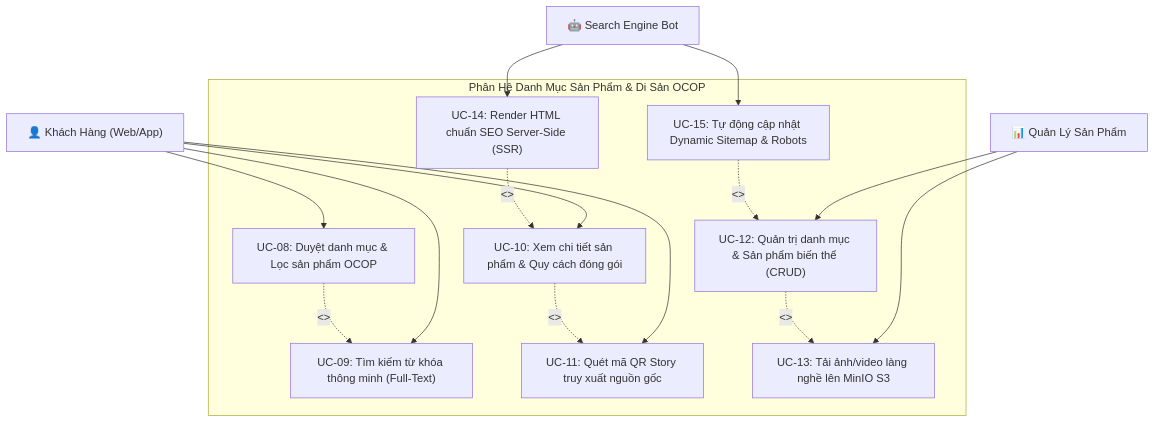
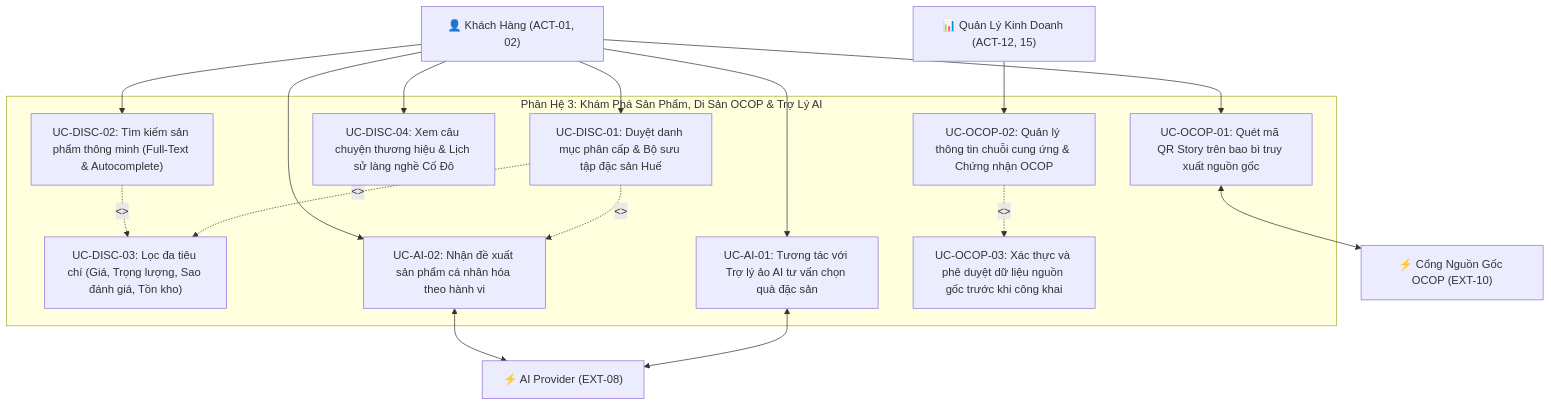
Before and after one commit to hvduong2k5/DUT.PBL6: the fifth of 16 diagrams in docs/01_requirements/use_case_specification.md, drawn with Mermaid. The commit also changed other lines of this file, not shown here.

````diff
--- a/docs/01_requirements/use_case_specification.md
+++ b/docs/01_requirements/use_case_specification.md
@@ -249,34 +457,37 @@
 ```mermaid
 graph TB
-    Guest["👤 Khách Hàng (Web/App)"]
-    Manager["📊 Quản Lý Sản Phẩm"]
-    GoogleBot["🤖 Search Engine Bot"]
+    Guest["👤 Khách Hàng (ACT-01, 02)"]
+    Manager["📊 Quản Lý Kinh Doanh (ACT-12, 15)"]
+    Ext_AI["⚡ AI Provider (EXT-08)"]
+    Ext_Trace["⚡ Cổng Nguồn Gốc OCOP (EXT-10)"]
 
-    subgraph Catalog_Subsystem ["Phân Hệ Danh Mục Sản Phẩm & Di Sản OCOP"]
-        UC08["UC-08: Duyệt danh mục & Lọc sản phẩm OCOP"]
-        UC09["UC-09: Tìm kiếm từ khóa thông minh (Full-Text)"]
-        UC10["UC-10: Xem chi tiết sản phẩm & Quy cách đóng gói"]
-        UC11["UC-11: Quét mã QR Story truy xuất nguồn gốc"]
-        UC12["UC-12: Quản trị danh mục & Sản phẩm biến thể (CRUD)"]
-        UC13["UC-13: Tải ảnh/video làng nghề lên MinIO S3"]
-        UC14["UC-14: Render HTML chuẩn SEO Server-Side (SSR)"]
-        UC15["UC-15: Tự động cập nhật Dynamic Sitemap & Robots"]
+    subgraph Subsystem_Discovery ["Phân Hệ 3: Khám Phá Sản Phẩm, Di Sản OCOP & Trợ Lý AI"]
+        UC_DISC_01["UC-DISC-01: Duyệt danh mục phân cấp & Bộ sưu tập đặc sản Huế"]
+        UC_DISC_02["UC-DISC-02: Tìm kiếm sản phẩm thông minh (Full-Text & Autocomplete)"]
+        UC_DISC_03["UC-DISC-03: Lọc đa tiêu chí (Giá, Trọng lượng, Sao đánh giá, Tồn kho)"]
+        UC_DISC_04["UC-DISC-04: Xem câu chuyện thương hiệu & Lịch sử làng nghề Cố Đô"]
+        UC_AI_01["UC-AI-01: Tương tác với Trợ lý ảo AI tư vấn chọn quà đặc sản"]
+        UC_AI_02["UC-AI-02: Nhận đề xuất sản phẩm cá nhân hóa theo hành vi"]
+        UC_OCOP_01["UC-OCOP-01: Quét mã QR Story trên bao bì truy xuất nguồn gốc"]
+        UC_OCOP_02["UC-OCOP-02: Quản lý thông tin chuỗi cung ứng & Chứng nhận OCOP"]
+        UC_OCOP_03["UC-OCOP-03: Xác thực và phê duyệt dữ liệu nguồn gốc trước khi công khai"]
 
-        UC08 -. "<<extend>>" .-> UC09
-        UC10 -. "<<include>>" .-> UC11
-        UC12 -. "<<include>>" .-> UC13
-        UC14 -. "<<include>>" .-> UC10
-        UC15 -. "<<include>>" .-> UC12
+        UC_DISC_01 -. "<<extend>>" .-> UC_DISC_03
+        UC_DISC_02 -. "<<extend>>" .-> UC_DISC_03
+        UC_DISC_01 -. "<<extend>>" .-> UC_AI_02
+        UC_OCOP_02 -. "<<include>>" .-> UC_OCOP_03
     end
 
-    Guest --> UC08
-    Guest --> UC09
-    Guest --> UC10
-    Guest --> UC11
+    Guest --> UC_DISC_01
+    Guest --> UC_DISC_02
+    Guest --> UC_DISC_04
+    Guest --> UC_AI_01
+    Guest --> UC_AI_02
+    Guest --> UC_OCOP_01
 
-    Manager --> UC12
-    Manager --> UC13
+    Manager --> UC_OCOP_02
 
-    GoogleBot --> UC14
-    GoogleBot --> UC15
+    UC_AI_01 <--> Ext_AI
+    UC_AI_02 <--> Ext_AI
+    UC_OCOP_01 <--> Ext_Trace
 ```
````
